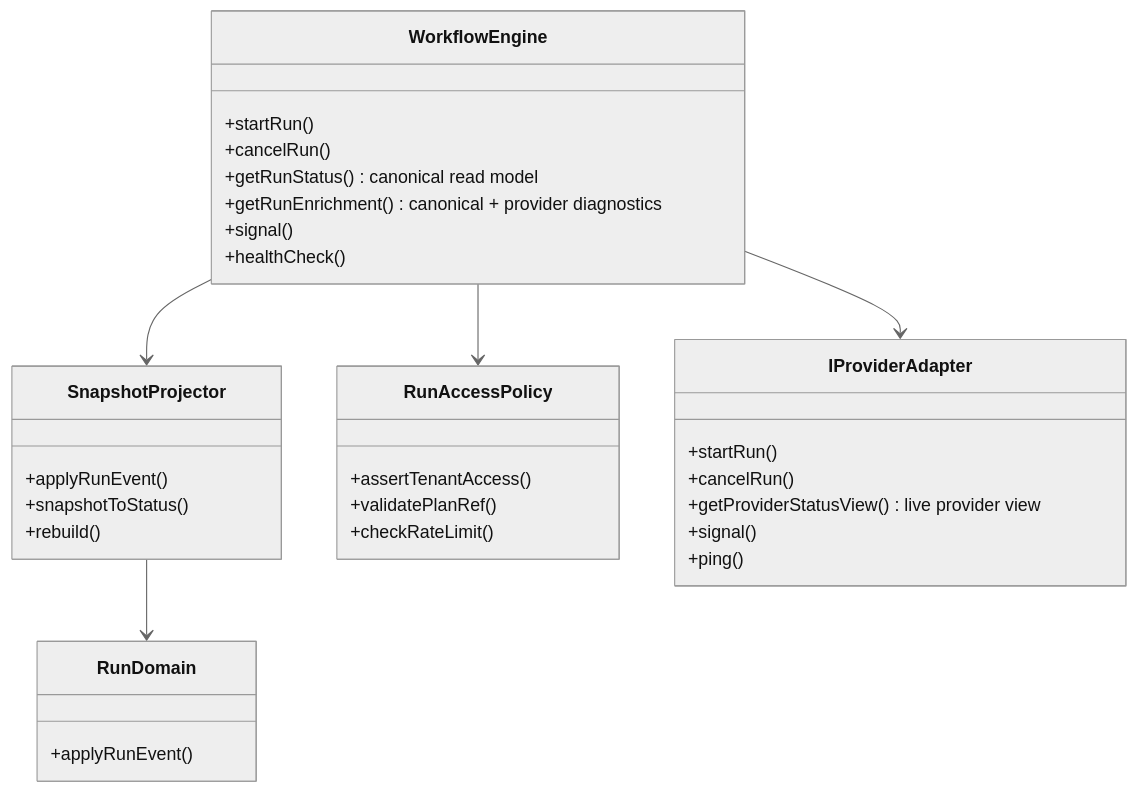
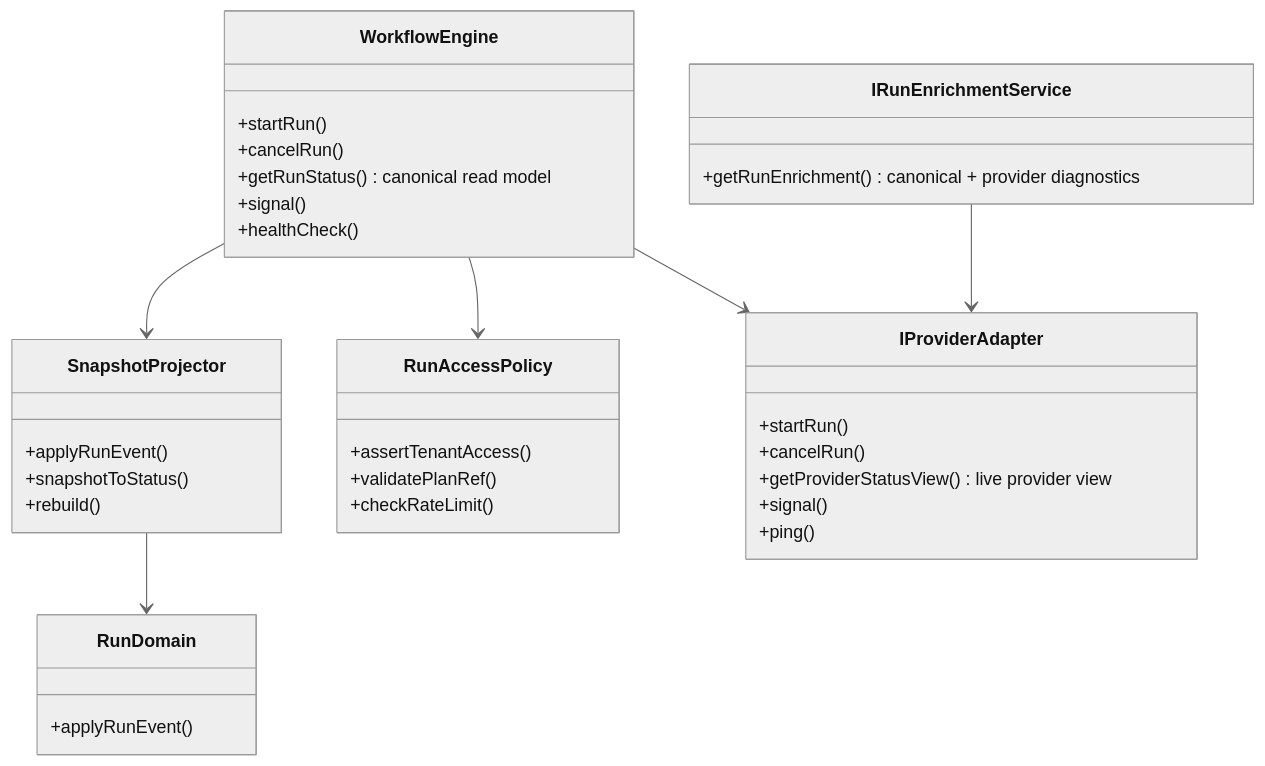
Before and after one commit to dunay2/dvt: the second of 4 diagrams in docs/architecture/system-delivery-status.md, drawn with Mermaid (neutral theme). The commit also changed other lines of this file and 39 other files, not shown here.

Commit message:
refactor(engine): Split run enrichment out of engine facade

````diff
--- a/docs/architecture/system-delivery-status.md
+++ b/docs/architecture/system-delivery-status.md
@@ -209,35 +209,38 @@
 ```mermaid
 classDiagram
     class WorkflowEngine {
         +startRun()
         +cancelRun()
         +getRunStatus() canonical read model
-        +getRunEnrichment() canonical + provider diagnostics
         +signal()
         +healthCheck()
+    }
+    class IRunEnrichmentService {
+        +getRunEnrichment() canonical + provider diagnostics
     }
     class SnapshotProjector {
         +applyRunEvent()
         +snapshotToStatus()
         +rebuild()
     }
     class RunAccessPolicy {
         +assertTenantAccess()
         +validatePlanRef()
         +checkRateLimit()
     }
     class IProviderAdapter {
         +startRun()
         +cancelRun()
         +getProviderStatusView() live provider view
         +signal()
         +ping()
     }
     class RunDomain {
         +applyRunEvent()
     }
     WorkflowEngine --> SnapshotProjector
     WorkflowEngine --> RunAccessPolicy
     WorkflowEngine --> IProviderAdapter
+    IRunEnrichmentService --> IProviderAdapter
     SnapshotProjector --> RunDomain
 ```
````
